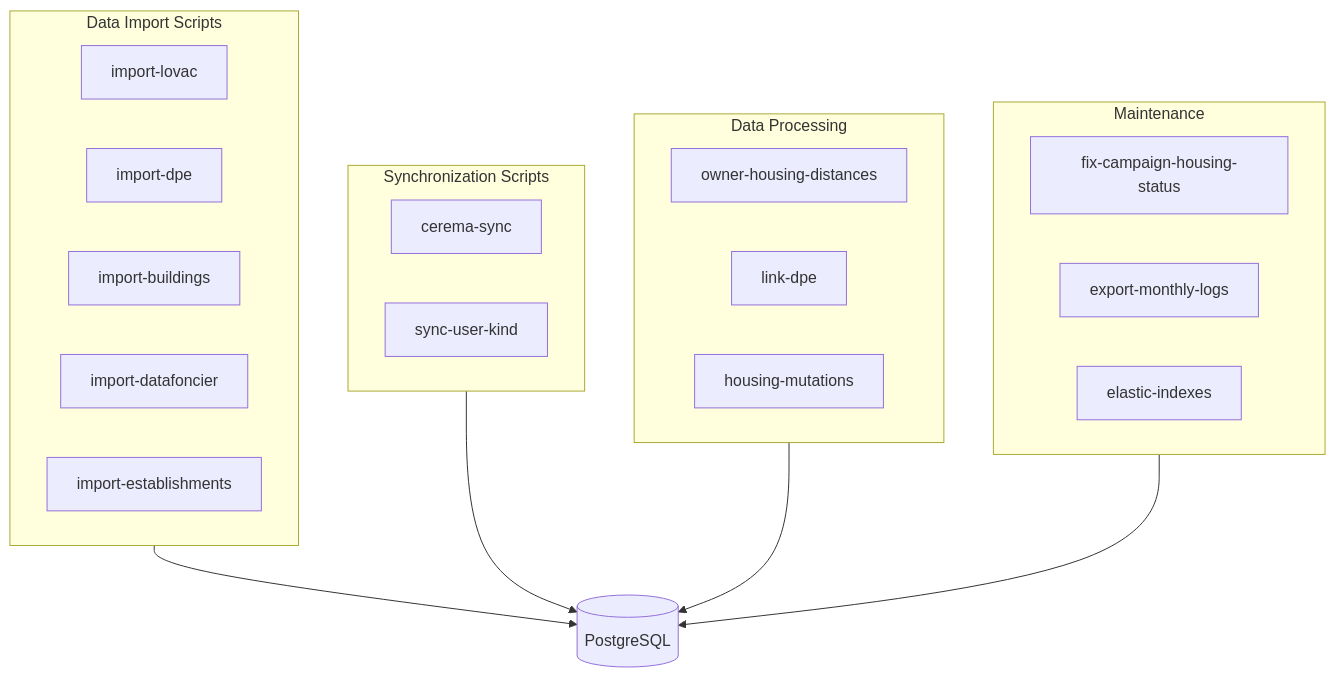
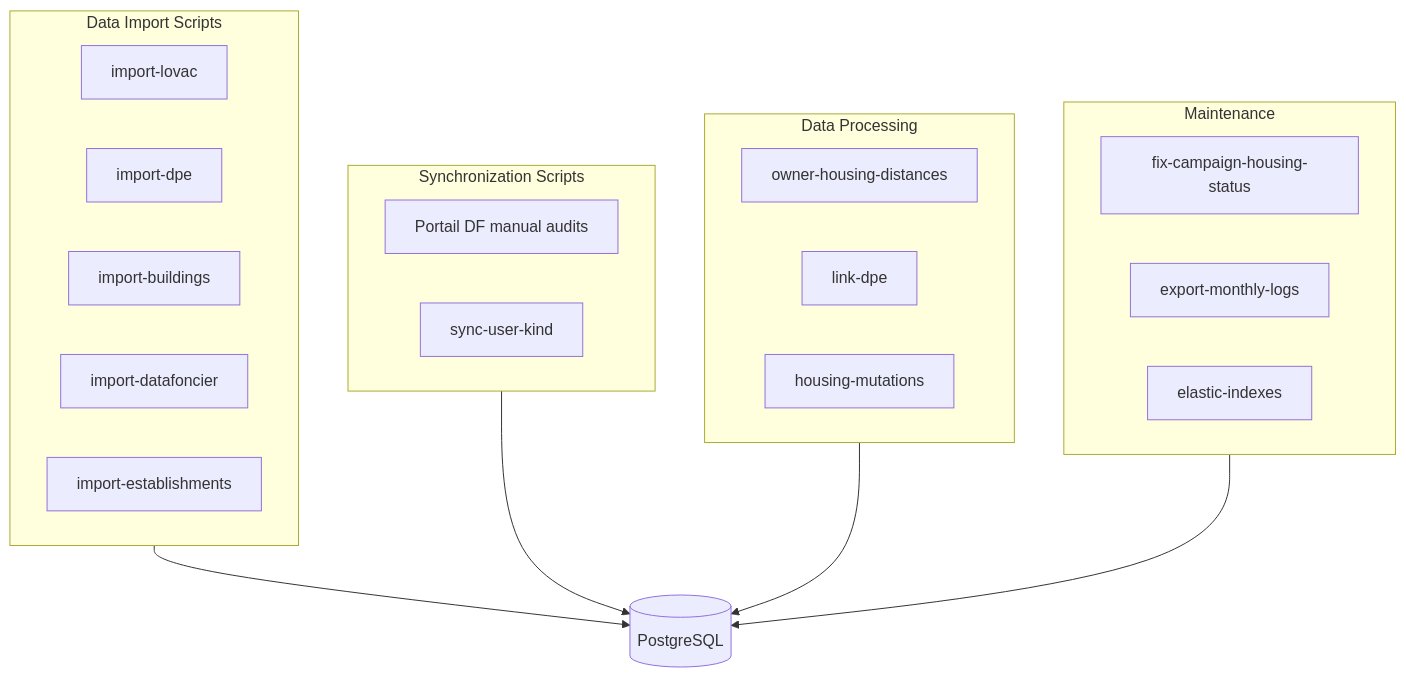
The first of 2 diagrams in docs/architecture/05-scripts-architecture.md (MTES-MCT/zero-logement-vacant), drawn with Mermaid before and after one commit. The commit also changed 8 other files, not shown here.

````diff
--- a/docs/architecture/05-scripts-architecture.md
+++ b/docs/architecture/05-scripts-architecture.md
@@ -11,32 +11,32 @@
 ```mermaid
 flowchart TB
     subgraph Import["Data Import Scripts"]
         LOVAC[import-lovac]
         DPE[import-dpe]
         Buildings[import-buildings]
         Datafoncier[import-datafoncier]
         Establishments[import-establishments]
     end
 
     subgraph Sync["Synchronization Scripts"]
-        Cerema[cerema-sync]
+        Cerema[Portail DF manual audits]
         UserKind[sync-user-kind]
     end
 
     subgraph Processing["Data Processing"]
         Distances[owner-housing-distances]
         LinkDPE[link-dpe]
         Mutations[housing-mutations]
     end
 
     subgraph Maintenance["Maintenance"]
         FixStatus[fix-campaign-housing-status]
         Logs[export-monthly-logs]
         Elastic[elastic-indexes]
     end
 
     Import --> PostgreSQL[(PostgreSQL)]
     Sync --> PostgreSQL
     Processing --> PostgreSQL
     Maintenance --> PostgreSQL
 ```
````
